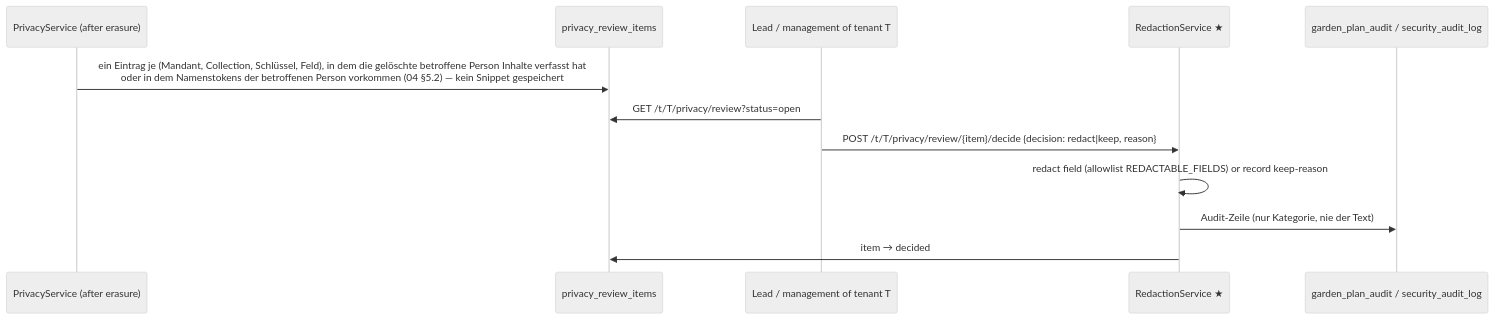
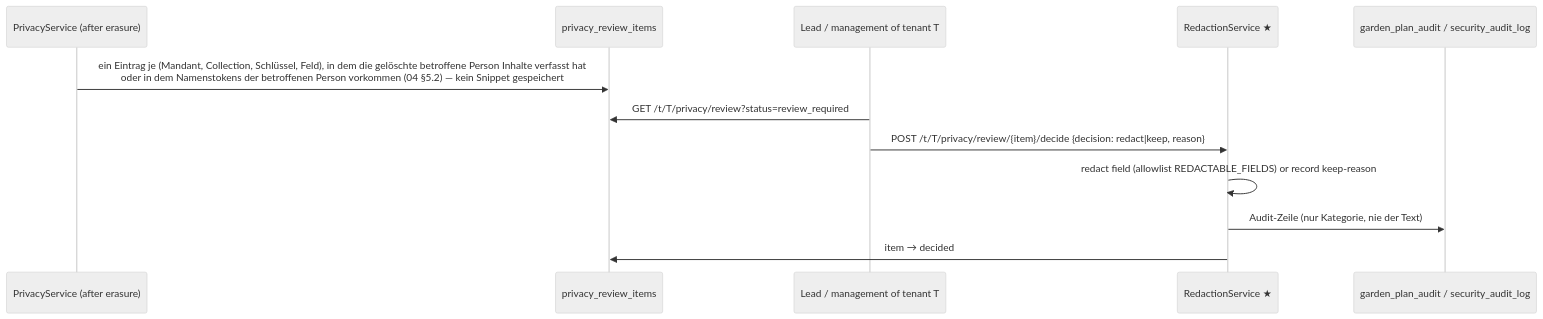
The sixth of 6 diagrams in spec/privacy/01-privacy-architecture.md (nolte/kamerplanter), drawn with Mermaid (neutral theme) before and after one commit. The commit also changed other lines of this file and 10 other files, not shown here.

````diff
--- a/spec/privacy/01-privacy-architecture.md
+++ b/spec/privacy/01-privacy-architecture.md
@@ -397,15 +397,15 @@
 ```mermaid
 sequenceDiagram
     participant PLE as PrivacyService (after erasure)
     participant RQ as privacy_review_items
     participant L as Lead / management of tenant T
     participant RS as RedactionService ★
     participant A as garden_plan_audit / security_audit_log
 
     PLE->>RQ: ein Eintrag je (Mandant, Collection, Schlüssel, Feld), in dem die gelöschte betroffene Person Inhalte verfasst hat<br/>oder in dem Namenstokens der betroffenen Person vorkommen (04 §5.2) — kein Snippet gespeichert
-    L->>RQ: GET /t/T/privacy/review?status=open
+    L->>RQ: GET /t/T/privacy/review?status=review_required
     L->>RS: POST /t/T/privacy/review/{item}/decide {decision: redact|keep, reason}
     RS->>RS: redact field (allowlist REDACTABLE_FIELDS) or record keep-reason
     RS->>A: Audit-Zeile (nur Kategorie, nie der Text)
     RS->>RQ: item → decided
 ```
````
